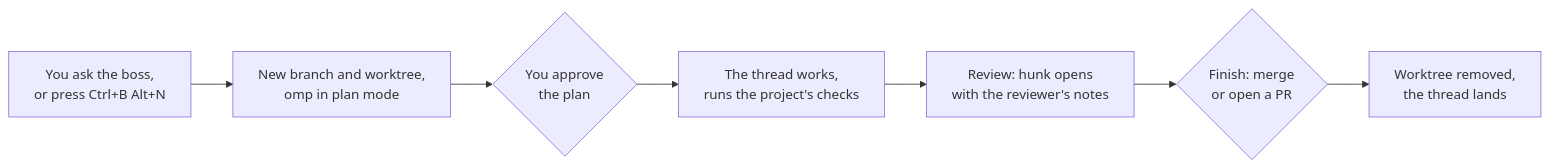
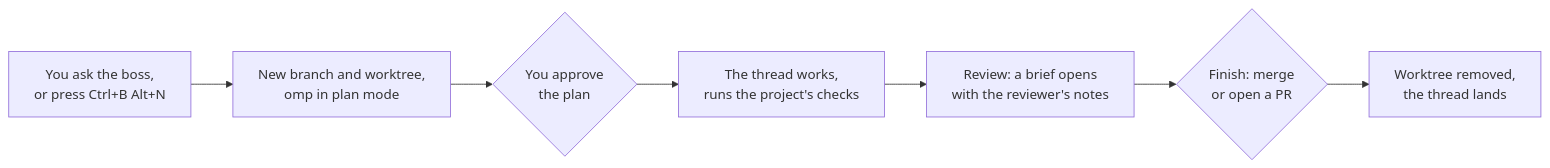
One commit to zhivko-kocev/jocasta changed the diagram in README.md. Above: the diagram before and after it, drawn with Mermaid. The commit also changed other lines of this file and 151 other files, not shown here.

First line of the commit message:
Lightweight phase 4: HTML briefs and review notes; whiteboard and hunk removed (0678, 0679)

````diff
--- a/README.md
+++ b/README.md
@@ -13,9 +13,9 @@
 ```mermaid
 flowchart LR
   A[You ask the boss,<br/>or press Ctrl+B Alt+N] --> B[New branch and worktree,<br/>omp in plan mode]
   B --> C{You approve<br/>the plan}
   C --> D[The thread works,<br/>runs the project's checks]
-  D --> E[Review: hunk opens<br/>with the reviewer's notes]
+  D --> E[Review: a brief opens<br/>with the reviewer's notes]
   E --> F{Finish: merge<br/>or open a PR}
   F --> G[Worktree removed,<br/>the thread lands]
 ```
````
